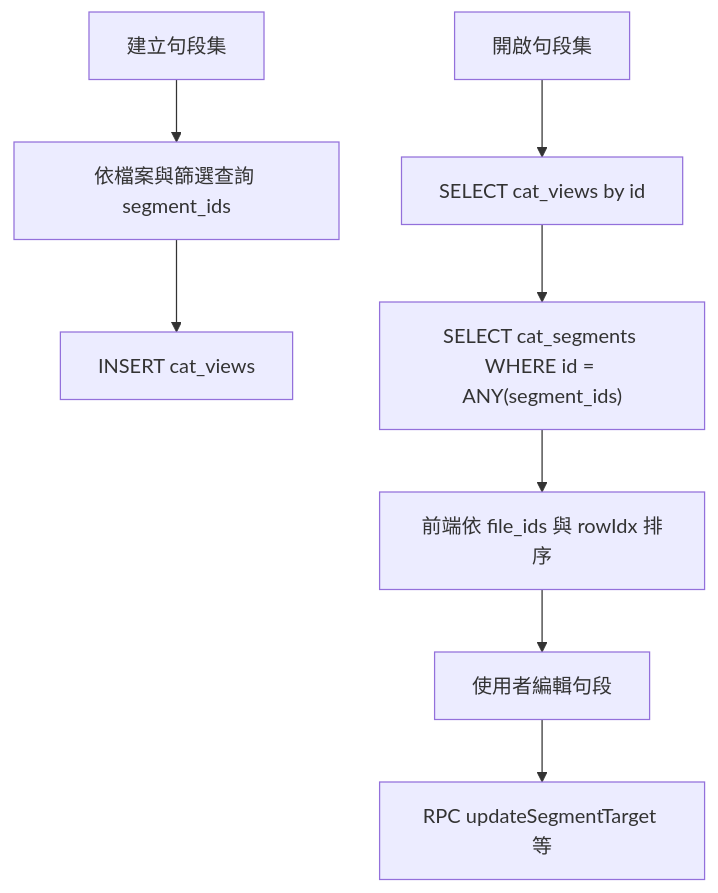
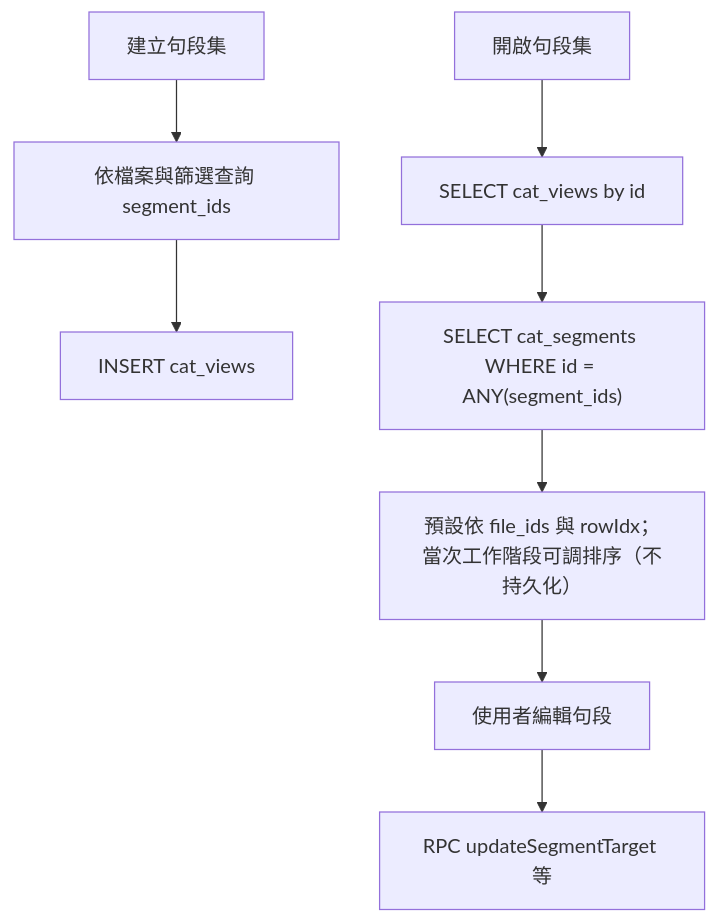
The first of 2 diagrams in docs/CAT_VIEW_SPEC.md (kratoswrathful-wy/talk-hanzi-joy), drawn with Mermaid before and after one commit. The commit also changed other lines of this file and 1 other file, not shown here.

````diff
--- a/docs/CAT_VIEW_SPEC.md
+++ b/docs/CAT_VIEW_SPEC.md
@@ -165,12 +186,12 @@
 ```mermaid
 flowchart TD
   createFlow["建立句段集"]
   createFlow --> querySegs["依檔案與篩選查詢 segment_ids"]
   querySegs --> insertView["INSERT cat_views"]
   openFlow["開啟句段集"]
   openFlow --> getView["SELECT cat_views by id"]
   getView --> loadSegs["SELECT cat_segments WHERE id = ANY(segment_ids)"]
-  loadSegs --> sortUi["前端依 file_ids 與 rowIdx 排序"]
+  loadSegs --> sortUi["預設依 file_ids 與 rowIdx；當次工作階段可調排序（不持久化）"]
   sortUi --> edit["使用者編輯句段"]
   edit --> rpcUpdate["RPC updateSegmentTarget 等"]
 ```
````
